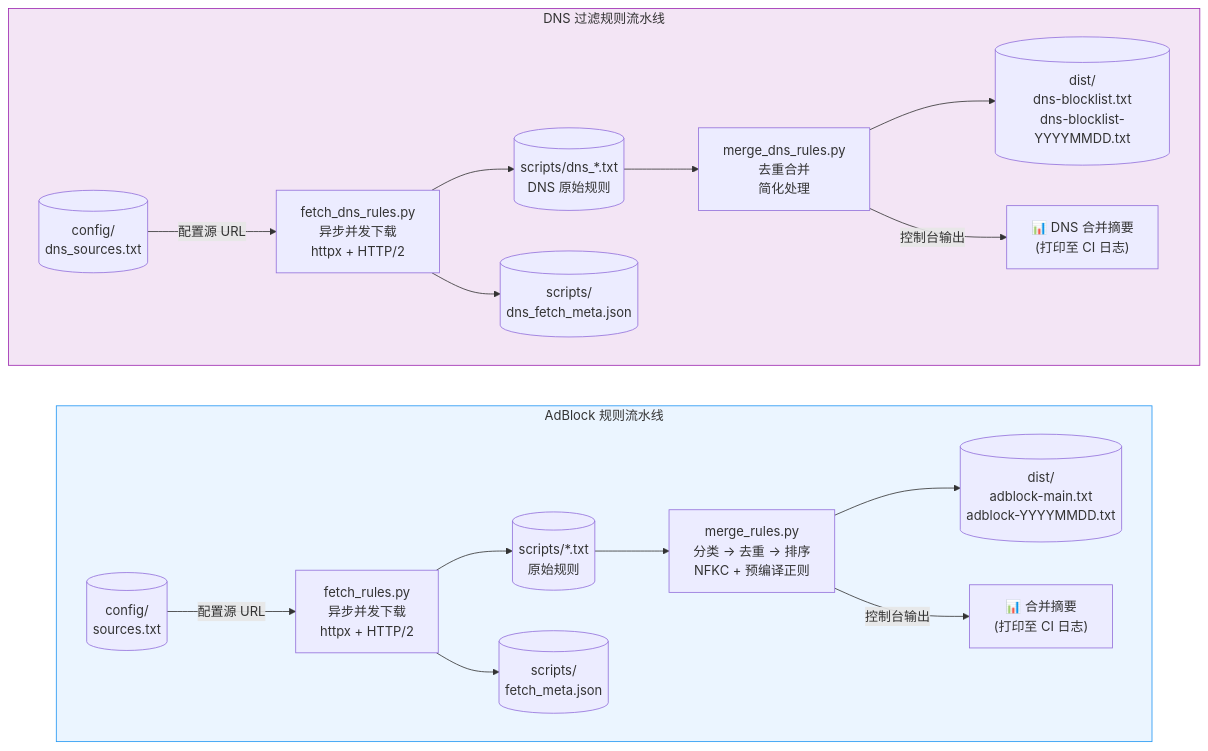
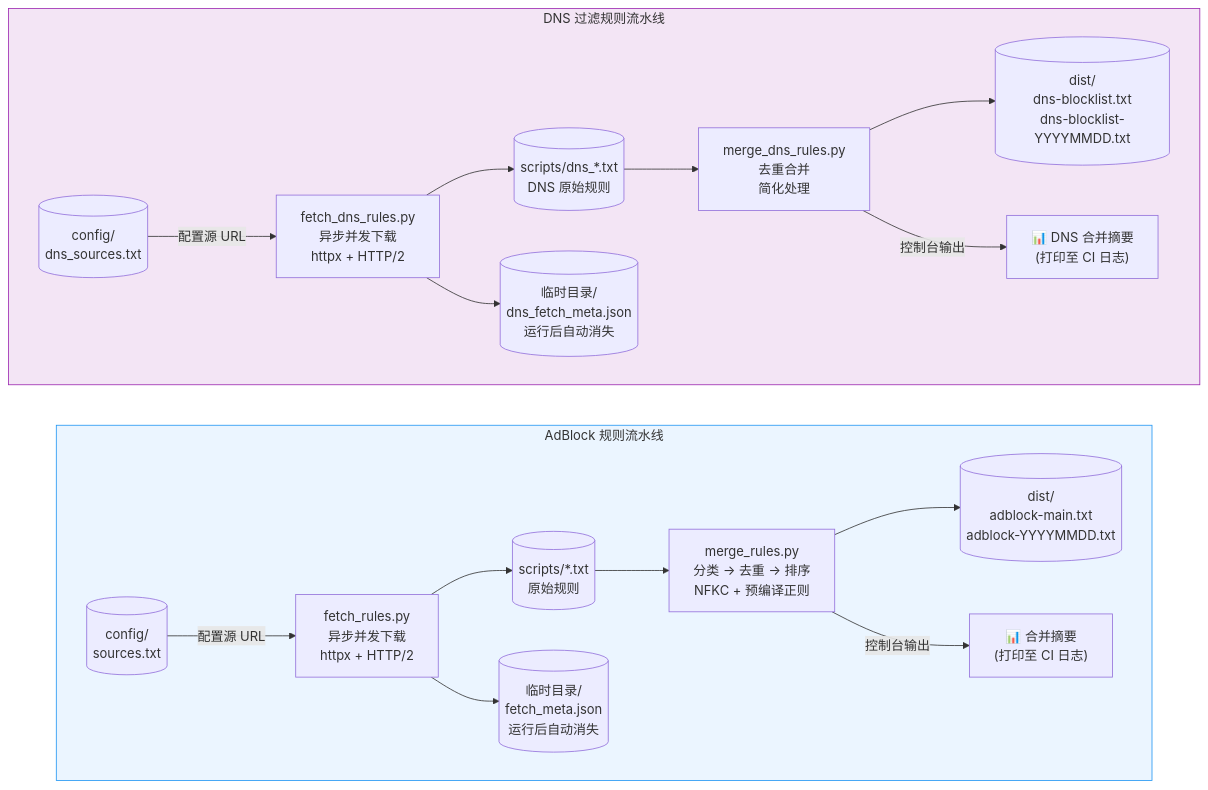
One commit to Chaniug/FilterFusion changed the first of 5 diagrams in docs/PROJECT_DOCS.md. Above: the diagram before and after it, drawn with Mermaid. The commit also changed other lines of this file and 5 other files, not shown here.

````diff
--- a/docs/PROJECT_DOCS.md
+++ b/docs/PROJECT_DOCS.md
@@ -66,25 +66,25 @@
 ```mermaid
 flowchart LR
     subgraph ADBLOCK["AdBlock 规则流水线"]
         direction LR
         A1[("config/<br/>sources.txt")] -->|配置源 URL| B1["fetch_rules.py<br/>异步并发下载<br/>httpx + HTTP/2"]
         B1 --> C1[("scripts/*.txt<br/>原始规则")]
-        B1 --> M1[("scripts/<br/>fetch_meta.json")]
+        B1 --> M1[("临时目录/<br/>fetch_meta.json<br/>运行后自动消失")]
         C1 --> D1["merge_rules.py<br/>分类 → 去重 → 排序<br/>NFKC + 预编译正则"]
         D1 --> E1[("dist/<br/>adblock-main.txt<br/>adblock-YYYYMMDD.txt")]
         D1 -->|控制台输出| F1["📊 合并摘要<br/>(打印至 CI 日志)"]
     end
 
     subgraph DNS["DNS 过滤规则流水线"]
         direction LR
         A2[("config/<br/>dns_sources.txt")] -->|配置源 URL| B2["fetch_dns_rules.py<br/>异步并发下载<br/>httpx + HTTP/2"]
         B2 --> C2[("scripts/dns_*.txt<br/>DNS 原始规则")]
-        B2 --> M2[("scripts/<br/>dns_fetch_meta.json")]
+        B2 --> M2[("临时目录/<br/>dns_fetch_meta.json<br/>运行后自动消失")]
         C2 --> D2["merge_dns_rules.py<br/>去重合并<br/>简化处理"]
         D2 --> E2[("dist/<br/>dns-blocklist.txt<br/>dns-blocklist-YYYYMMDD.txt")]
         D2 -->|控制台输出| F2["📊 DNS 合并摘要<br/>(打印至 CI 日志)"]
     end
 
     style ADBLOCK fill:#ebf5ff,stroke:#2196f3
     style DNS fill:#f3e5f5,stroke:#9c27b0
 ```
````
